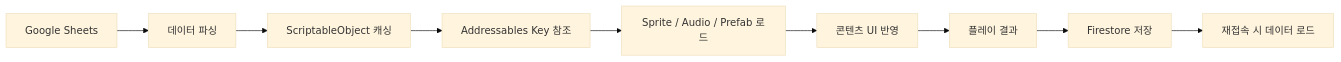
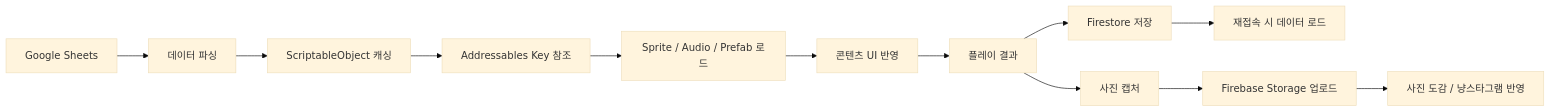
The third of 3 diagrams in README.md (Kyungil-smart/2Team_NyangNyangStar), drawn with Mermaid (base theme) before and after one commit. The commit also changed other lines of this file, not shown here.

````diff
--- a/README.md
+++ b/README.md
@@ -166,11 +231,14 @@
 ```mermaid
 flowchart LR
     A[Google Sheets] --> B[데이터 파싱]
     B --> C[ScriptableObject 캐싱]
     C --> D[Addressables Key 참조]
     D --> E[Sprite / Audio / Prefab 로드]
     E --> F[콘텐츠 UI 반영]
     F --> G[플레이 결과]
     G --> H[Firestore 저장]
     H --> I[재접속 시 데이터 로드]
+    G --> J[사진 캡처]
+    J --> K[Firebase Storage 업로드]
+    K --> L[사진 도감 / 냥스타그램 반영]
 ```
````
